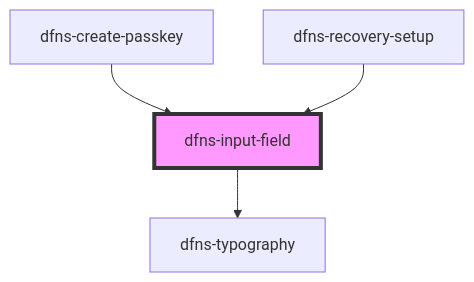
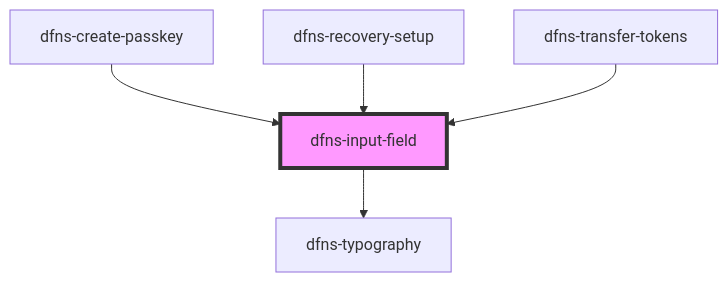
One commit to dfnsext/web-ui changed the diagram in src/components/Elements/Forms/InputField/dfns-input-field/readme.md. Above: the diagram before and after it, drawn with Mermaid. The commit also changed other lines of this file and 94 other files, not shown here.

````diff
--- a/src/components/Elements/Forms/InputField/dfns-input-field/readme.md
+++ b/src/components/Elements/Forms/InputField/dfns-input-field/readme.md
@@ -44,7 +45,8 @@
 ```mermaid
 graph TD;
   dfns-input-field --> dfns-typography
   dfns-create-passkey --> dfns-input-field
   dfns-recovery-setup --> dfns-input-field
+  dfns-transfer-tokens --> dfns-input-field
   style dfns-input-field fill:#f9f,stroke:#333,stroke-width:4px
 ```
````
